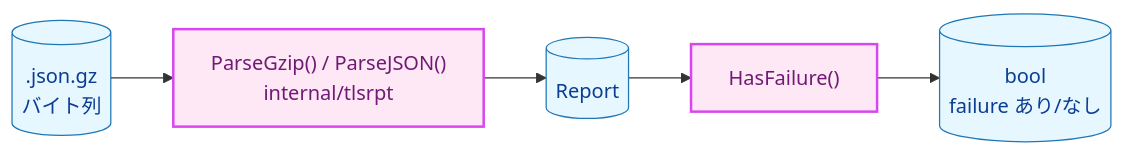
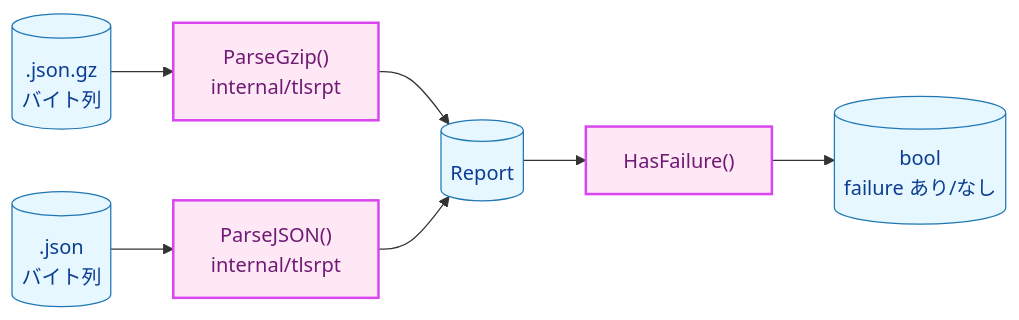
One commit to isseis/tlsrpt-digest changed the first of 7 diagrams in docs/tasks/0020_tlsrpt/02_architecture.md. Above: the diagram before and after it, drawn with Mermaid. The commit also changed other lines of this file and 4 other files, not shown here.

````diff
--- a/docs/tasks/0020_tlsrpt/02_architecture.md
+++ b/docs/tasks/0020_tlsrpt/02_architecture.md
@@ -26,19 +26,23 @@
 ```mermaid
 flowchart LR
     classDef data fill:#e6f7ff,stroke:#1f77b4,stroke-width:1px,color:#0b3d91;
     classDef process fill:#fff1e6,stroke:#ff7f0e,stroke-width:1px,color:#8a3e00;
     classDef newpkg fill:#ffe8f5,stroke:#d946ef,stroke-width:2px,color:#701a75;
 
     GZ[(".json.gz<br>バイト列")]
-    PARSE["ParseGzip() / ParseJSON()<br>internal/tlsrpt"]
+    JS[(".json<br>バイト列")]
+    PARSEG["ParseGzip()<br>internal/tlsrpt"]
+    PARSEJ["ParseJSON()<br>internal/tlsrpt"]
     RPT[("Report")]
     HF["HasFailure()"]
     RESULT[("bool<br>failure あり/なし")]
 
-    GZ --> PARSE --> RPT --> HF --> RESULT
+    GZ --> PARSEG --> RPT
+    JS --> PARSEJ --> RPT
+    RPT --> HF --> RESULT
 
-    class GZ data
+    class GZ,JS data
     class RPT data
-    class PARSE,HF newpkg
+    class PARSEG,PARSEJ,HF newpkg
     class RESULT data
 ```
````
